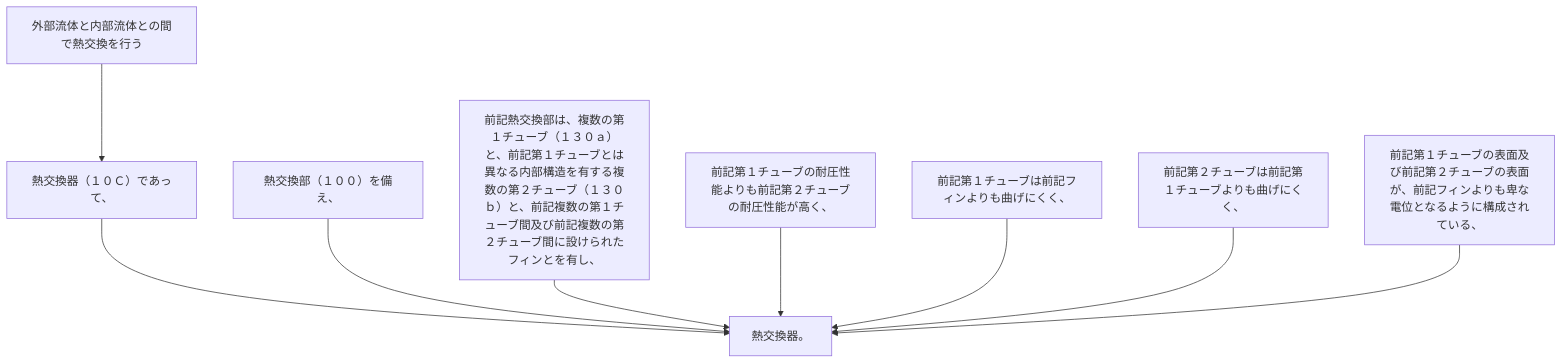
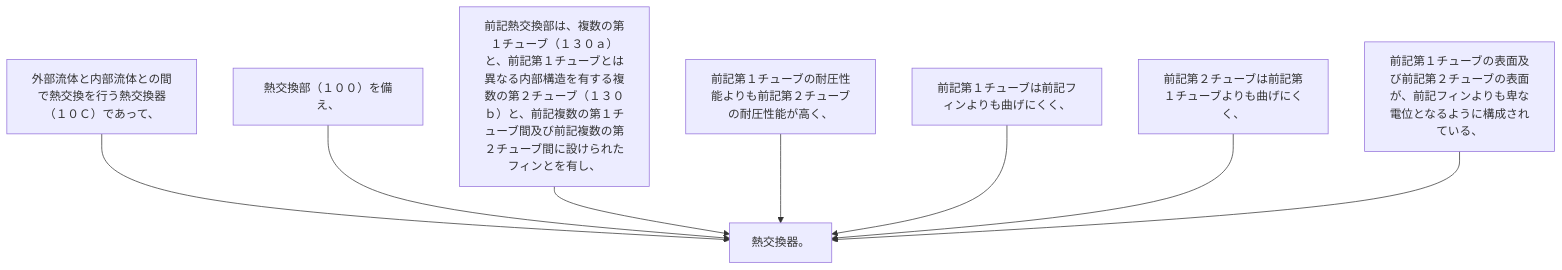
Before and after one commit to shinmori55/patent_analyzed: the diagram in 2024/JP2024007944A/claim_9/README.md, drawn with Mermaid. The commit also changed 336 other files, not shown here.

````diff
--- a/2024/JP2024007944A/claim_9/README.md
+++ b/2024/JP2024007944A/claim_9/README.md
@@ -7,20 +7,18 @@
 ```mermaid
 flowchart TD
-A[外部流体と内部流体との間で熱交換を行う]
-B[熱交換器（１０Ｃ）であって、]
-C[熱交換部（１００）を備え、]
-D[前記熱交換部は、複数の第１チューブ（１３０ａ）と、前記第１チューブとは異なる内部構造を有する複数の第２チューブ（１３０ｂ）と、前記複数の第１チューブ間及び前記複数の第２チューブ間に設けられたフィンとを有し、]
-E[前記第１チューブの耐圧性能よりも前記第２チューブの耐圧性能が高く、]
-F[前記第１チューブは前記フィンよりも曲げにくく、]
-G[前記第２チューブは前記第１チューブよりも曲げにくく、]
-H[前記第１チューブの表面及び前記第２チューブの表面が、前記フィンよりも卑な電位となるように構成されている、]
-I[熱交換器。]
-A --> B
-B --> I
-C --> I
-D --> I
-E --> I
-F --> I
-G --> I
-H --> I
+A[外部流体と内部流体との間で熱交換を行う熱交換器（１０Ｃ）であって、]
+B[熱交換部（１００）を備え、]
+C[前記熱交換部は、複数の第１チューブ（１３０ａ）と、前記第１チューブとは異なる内部構造を有する複数の第２チューブ（１３０ｂ）と、前記複数の第１チューブ間及び前記複数の第２チューブ間に設けられたフィンとを有し、]
+D[前記第１チューブの耐圧性能よりも前記第２チューブの耐圧性能が高く、]
+E[前記第１チューブは前記フィンよりも曲げにくく、]
+F[前記第２チューブは前記第１チューブよりも曲げにくく、]
+G[前記第１チューブの表面及び前記第２チューブの表面が、前記フィンよりも卑な電位となるように構成されている、]
+H[熱交換器。]
+A --> H
+B --> H
+C --> H
+D --> H
+E --> H
+F --> H
+G --> H
 ```
````
